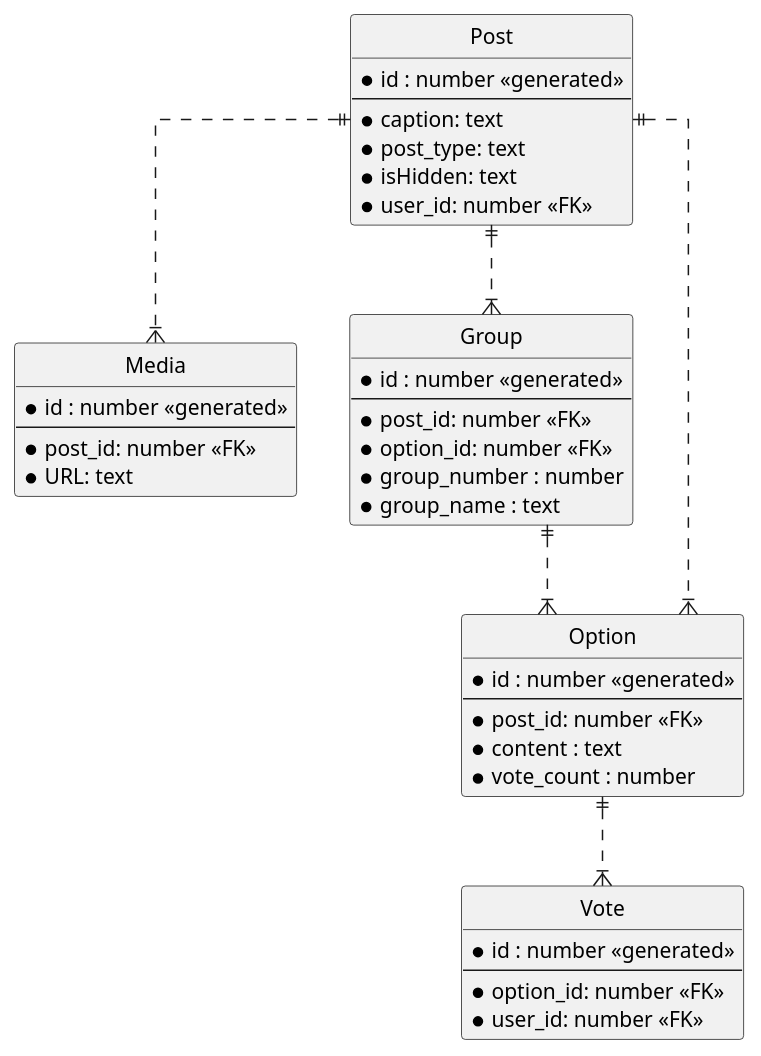
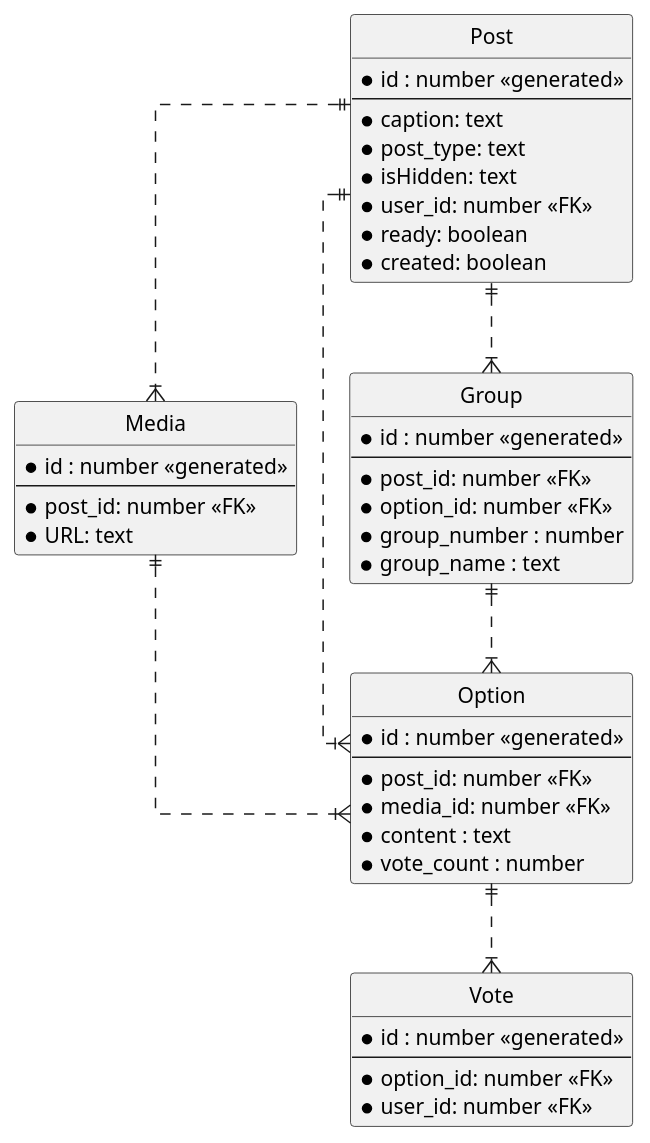
The diagram in services_diagrams_databases/post/post.database.plantuml (saifaldin/diagrams), drawn with PlantUML before and after one commit. The commit also changed 3 other files, not shown here.

```diff
--- a/services_diagrams_databases/post/post.database.plantuml
+++ b/services_diagrams_databases/post/post.database.plantuml
@@ -1,56 +1,60 @@
-@startuml
+@startuml posts_database
 ' hide the spot
 hide circle
 
 ' avoid problems with angled crows feet
 skinparam linetype ortho
 
 entity "Post" as post {
     *id : number <<generated>>
     --
     *caption: text
     *post_type: text
     *isHidden: text
     *user_id: number <<FK>>
+    *ready: boolean
+    *created: boolean
 }
 
 entity "Media" as media {
     *id : number <<generated>>
     --
     *post_id: number <<FK>>
     *URL: text
 }
 
 entity "Group" as group {
     *id : number <<generated>>
     --
     *post_id: number <<FK>>
     *option_id: number <<FK>>
     *group_number : number
     *group_name : text
 }
 
 entity "Option" as option {
     *id : number <<generated>>
     --
     *post_id: number <<FK>>
     'content column is just text content of the text options
     'images are requested from media service by post id
+    *media_id: number <<FK>>
     *content : text
     *vote_count : number
 }
 
 entity "Vote" as vote {
     *id : number <<generated>>
     --
     *option_id: number <<FK>>
     *user_id: number <<FK>>
 }
 
 post ||..|{ option
 post ||..|{ media
 post ||..|{ group
 group ||..|{ option
 option ||..|{ vote
+media ||..|{ option
 
 @enduml
```
